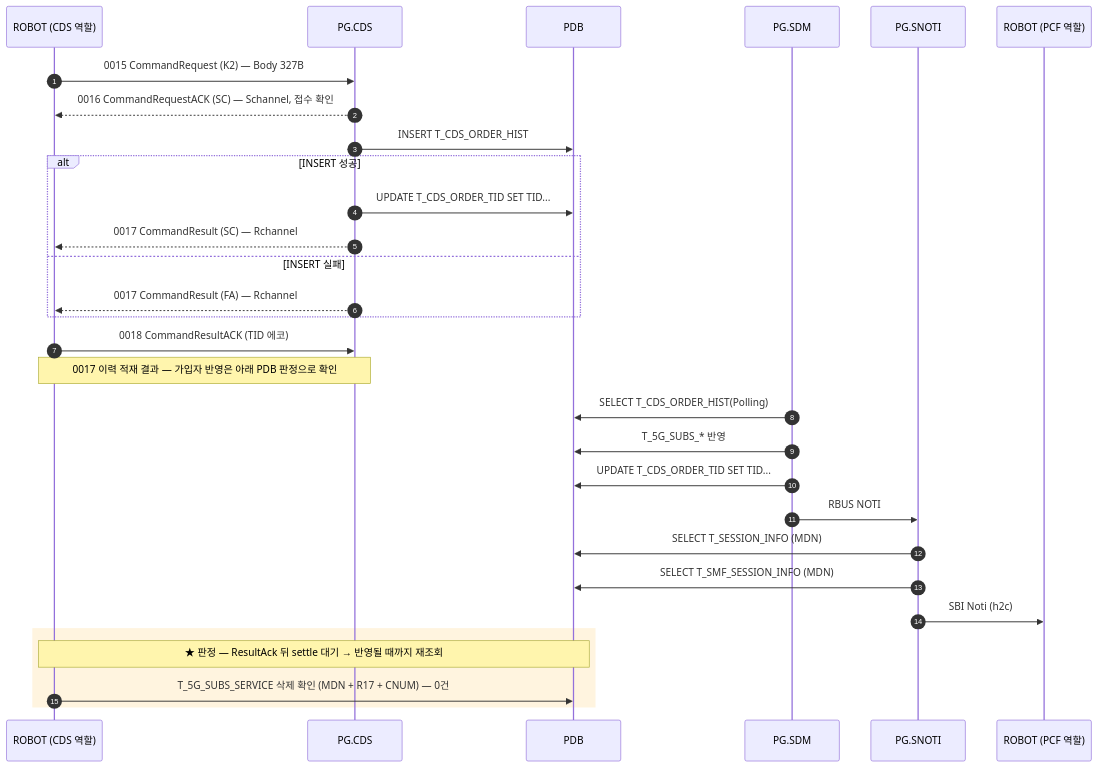
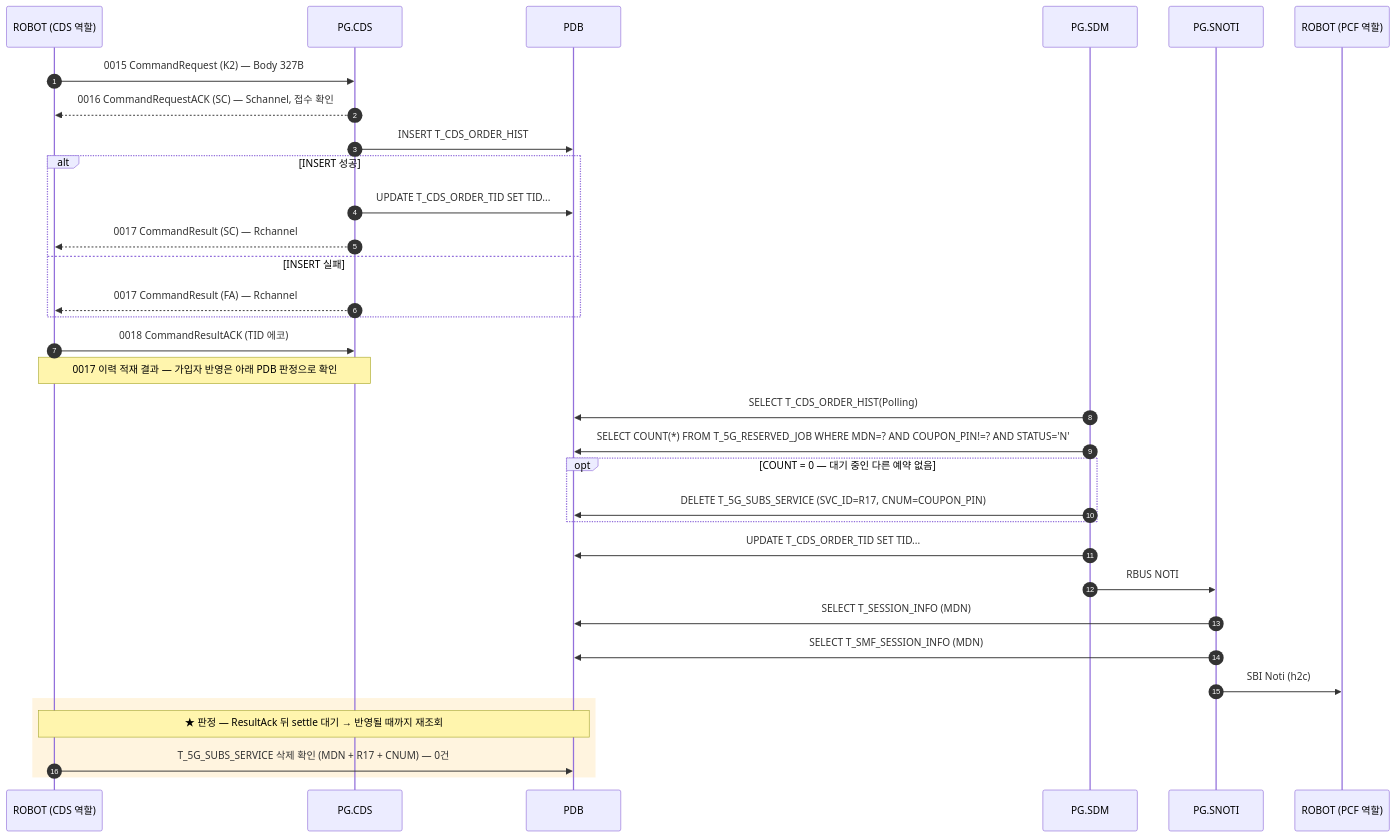
One commit to IanKim2030/tc4robot changed the diagram in docs/callflow/CDS_K2.md. Above: the diagram before and after it, drawn with Mermaid. The commit also changed other lines of this file and 2 other files, not shown here.

Commit message:
docs(cds): K1/K2 SDM 반영을 실제 SQL 로, K2 삭제 전 예약 확인 추가
두 가지를 묶는다.

1. K1/K2 도 "T_5G_SUBS_* 반영" 대신 실제 SQL
       K1: INSERT T_5G_SUBS_SERVICE (SVC_ID=R17, ..., CNUM=COUPON_PIN)
           INSERT T_5G_RESERVED_JOB (JOB_CODE=K3, CNUM=COUPON_PIN)
       K2: DELETE T_5G_SUBS_SERVICE (SVC_ID=R17, CNUM=COUPON_PIN)
   판정 기준(PDB_POST)과 같은 값이라 위아래가 대조된다. CNUM 값 표기는
   "핀" 대신 COUPON_PIN 으로 통일 — 비고·판정 기준 문구도 같이 맞췄다.
   이걸로 11개 시트 중 T_5G_SUBS_* 반영 뭉뚱그린 문구가 A1 하나만 남았다.

2. K2 삭제 전에 다른 예약이 남아 있는지 먼저 본다
       SDM->>PDB: SELECT COUNT(*) FROM T_5G_RESERVED_JOB
                  WHERE MDN=? AND COUPON_PIN!=? AND STATUS='N'
       opt COUNT = 0 — 대기 중인 다른 예약 없음
           SDM->>PDB: DELETE T_5G_SUBS_SERVICE (...)
       end
   DELETE_GUARD 표로 뺐다 — 지금은 K2 뿐이고 다른 SDM 경유 코드에는
   영향 없다.

mermaid 11블록 문제 0건 / --dryrun 69 TC 통과.

````diff
--- a/docs/callflow/CDS_K2.md
+++ b/docs/callflow/CDS_K2.md
@@ -17,34 +17,37 @@
 ```mermaid
 sequenceDiagram
     autonumber
     participant TOOL as ROBOT (CDS 역할)
     participant PCDS as PG.CDS
     participant PDB as PDB
     participant SDM as PG.SDM
     participant SNOTI as PG.SNOTI
     participant PCF as ROBOT (PCF 역할)
 
     TOOL->>PCDS: 0015 CommandRequest (K2) — Body 327B
     PCDS-->>TOOL: 0016 CommandRequestACK (SC) — Schannel, 접수 확인
     PCDS->>PDB: INSERT T_CDS_ORDER_HIST
     alt INSERT 성공
         PCDS->>PDB: UPDATE T_CDS_ORDER_TID SET TID...
         PCDS-->>TOOL: 0017 CommandResult (SC) — Rchannel
     else INSERT 실패
         PCDS-->>TOOL: 0017 CommandResult (FA) — Rchannel
     end
     TOOL->>PCDS: 0018 CommandResultACK (TID 에코)
     Note over TOOL,PCDS: 0017 이력 적재 결과 — 가입자 반영은 아래 PDB 판정으로 확인
 
     SDM->>PDB: SELECT T_CDS_ORDER_HIST(Polling)
-    SDM->>PDB: T_5G_SUBS_* 반영
+    SDM->>PDB: SELECT COUNT(*) FROM T_5G_RESERVED_JOB WHERE MDN=? AND COUPON_PIN!=? AND STATUS='N'
+    opt COUNT = 0 — 대기 중인 다른 예약 없음
+        SDM->>PDB: DELETE T_5G_SUBS_SERVICE (SVC_ID=R17, CNUM=COUPON_PIN)
+    end
     SDM->>PDB: UPDATE T_CDS_ORDER_TID SET TID...
     SDM->>SNOTI: RBUS NOTI
     SNOTI->>PDB: SELECT T_SESSION_INFO (MDN)
     SNOTI->>PDB: SELECT T_SMF_SESSION_INFO (MDN)
     SNOTI->>PCF: SBI Noti (h2c)
     rect rgba(255, 176, 32, 0.14)
     Note over TOOL,PDB: ★ 판정 — ResultAck 뒤 settle 대기 → 반영될 때까지 재조회
         TOOL->>PDB: T_5G_SUBS_SERVICE 삭제 확인 (MDN + R17 + CNUM) — 0건
     end
 ```
````
